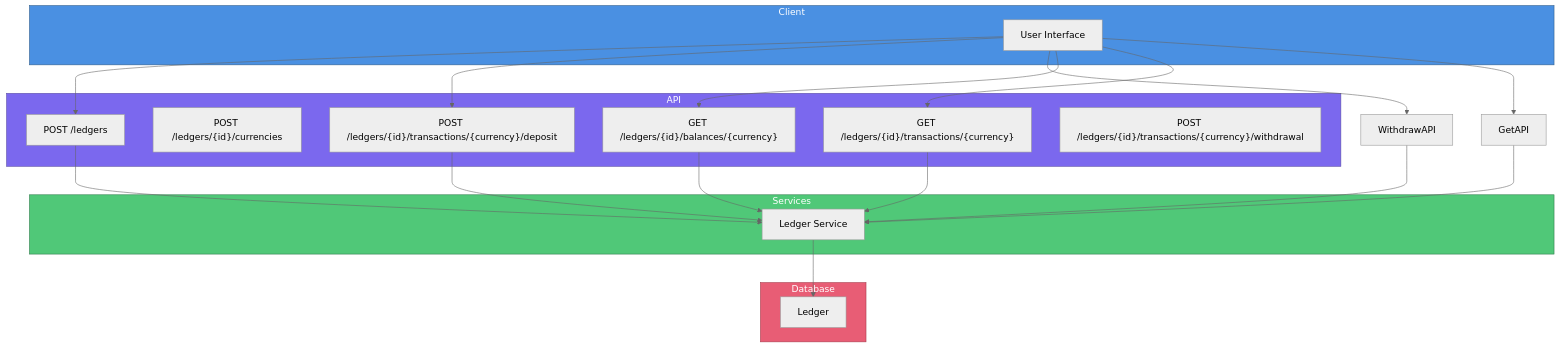
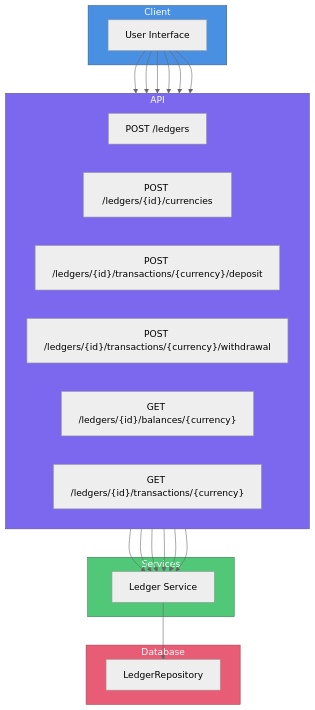
Before and after one commit to yriveiro/tiny-ledger: the first of 2 diagrams in README.md, drawn with Mermaid (neutral theme).

Commit message:
fix: mermaid diagram

````diff
--- a/README.md
+++ b/README.md
@@ -84,44 +84,45 @@
 ```mermaid
 graph TB
     subgraph Client["Client"]
         UI["User Interface"]
     end
 
     subgraph API["API"]
+        direction LR
         CreateAPI["POST /ledgers"]
         AddCurrencyAPI["POST /ledgers/{id}/currencies"]
+        DepositAPI["POST /ledgers/{id}/transactions/{currency}/deposit"]
+        WithdrawalAPI["POST /ledgers/{id}/transactions/{currency}/withdrawal"]
         BalanceAPI["GET /ledgers/{id}/balances/{currency}"]
         HistoryAPI["GET /ledgers/{id}/transactions/{currency}"]
-        DepositAPI["POST /ledgers/{id}/transactions/{currency}/deposit"]
-        WithdrawalAPI["POST /ledgers/{id}/transactions/{currency}/withdrawal"]
     end
 
     subgraph Service["Services"]
         LedgerService["Ledger Service"]
     end
 
     subgraph DB["Database"]
-        LedgerDB["Ledger"]
+        LedgerDB["LedgerRepository"]
     end
 
     UI --> CreateAPI
+    UI --> AddCurrencyAPI
     UI --> DepositAPI
-    UI --> WithdrawAPI
+    UI --> WithdrawalAPI
     UI --> BalanceAPI
     UI --> HistoryAPI
-    UI --> GetAPI
 
     CreateAPI --> LedgerService
-    GetAPI --> LedgerService
+    AddCurrencyAPI --> LedgerService
     DepositAPI --> LedgerService
-    WithdrawAPI --> LedgerService
+    WithdrawalAPI --> LedgerService
     BalanceAPI --> LedgerService
     HistoryAPI --> LedgerService
 
     LedgerService --> LedgerDB
 
     style Client fill:#4a90e2,stroke:#2e5c8a,color:#fff
     style API fill:#7b68ee,stroke:#5a4ba5,color:#fff
     style Service fill:#50c878,stroke:#2d7a4a,color:#fff
     style DB fill:#e85d75,stroke:#a53a4a,color:#fff
 ```
````
